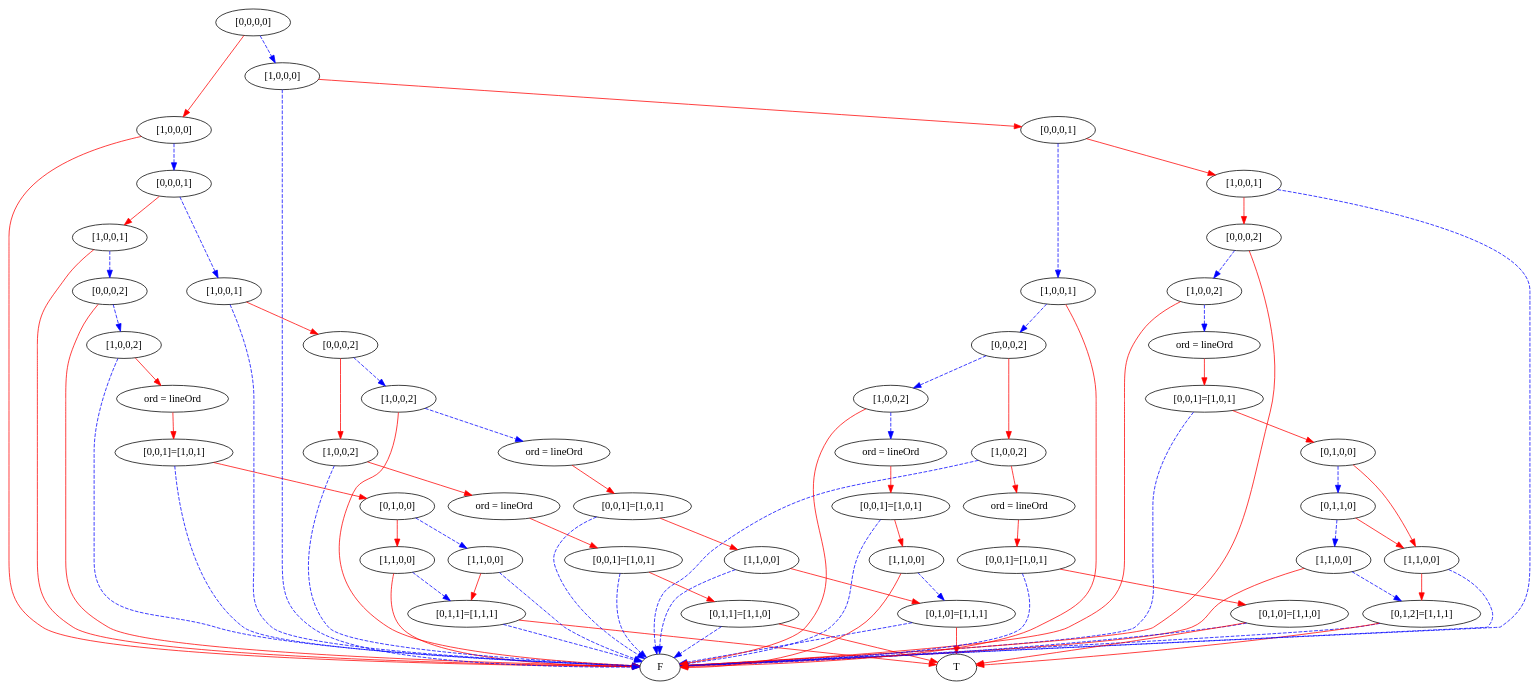
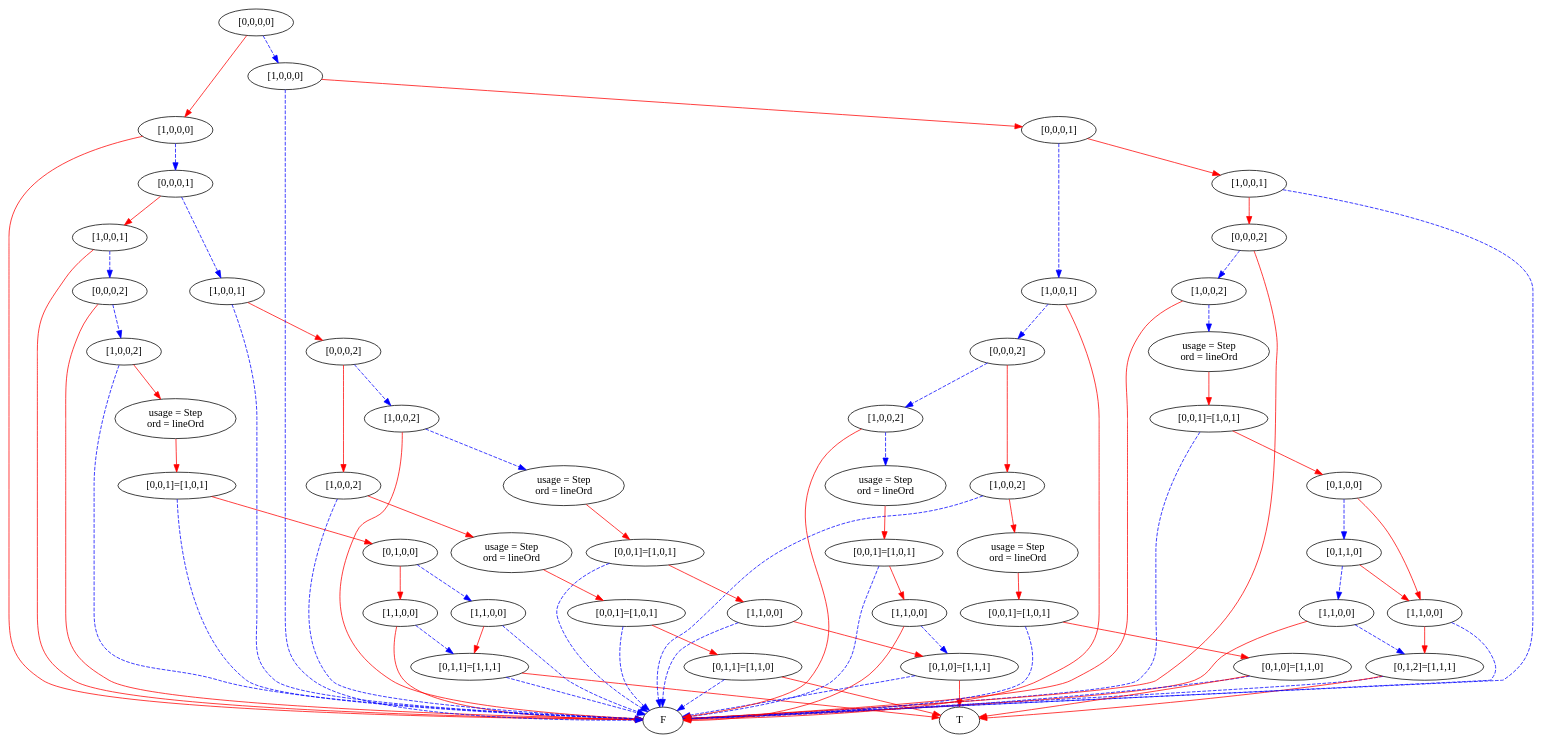
Before and after one commit to mburyakov/minxmod: the diagram in simpleProgram1.dot, drawn with Graphviz. The commit also changed 5 other files, not shown here.

Commit message:
Step with forceOrd

```diff
--- a/simpleProgram1.dot
+++ b/simpleProgram1.dot
@@ -1,172 +1,172 @@
 digraph {
     1 [label=F];
     2 [label=T];
     3 [label="[0,1,1]=[1,1,1]"];
     4 [label="[1,1,0,0]"];
     5 [label="[1,1,0,0]"];
     6 [label="[0,1,0,0]"];
     7 [label="[0,0,1]=[1,0,1]"];
-    8 [label="ord = lineOrd"];
+    8 [label="usage = Step\nord = lineOrd"];
     9 [label="[1,0,0,2]"];
     10 [label="[0,0,0,2]"];
     11 [label="[1,0,0,1]"];
     12 [label="[0,1,1]=[1,1,0]"];
     13 [label="[0,0,1]=[1,0,1]"];
-    14 [label="ord = lineOrd"];
+    14 [label="usage = Step\nord = lineOrd"];
     15 [label="[1,0,0,2]"];
     16 [label="[0,1,0]=[1,1,1]"];
     17 [label="[1,1,0,0]"];
     18 [label="[0,0,1]=[1,0,1]"];
-    19 [label="ord = lineOrd"];
+    19 [label="usage = Step\nord = lineOrd"];
     20 [label="[1,0,0,2]"];
     21 [label="[0,0,0,2]"];
     22 [label="[1,0,0,1]"];
     23 [label="[0,0,0,1]"];
     24 [label="[1,0,0,0]"];
     25 [label="[0,1,2]=[1,1,1]"];
     26 [label="[1,1,0,0]"];
     27 [label="[1,1,0,0]"];
     28 [label="[0,1,1,0]"];
     29 [label="[0,1,0,0]"];
     30 [label="[0,0,1]=[1,0,1]"];
-    31 [label="ord = lineOrd"];
+    31 [label="usage = Step\nord = lineOrd"];
     32 [label="[1,0,0,2]"];
     33 [label="[0,0,0,2]"];
     34 [label="[1,0,0,1]"];
     35 [label="[0,1,0]=[1,1,0]"];
     36 [label="[0,0,1]=[1,0,1]"];
-    37 [label="ord = lineOrd"];
+    37 [label="usage = Step\nord = lineOrd"];
     38 [label="[1,0,0,2]"];
     39 [label="[1,1,0,0]"];
     40 [label="[0,0,1]=[1,0,1]"];
-    41 [label="ord = lineOrd"];
+    41 [label="usage = Step\nord = lineOrd"];
     42 [label="[1,0,0,2]"];
     43 [label="[0,0,0,2]"];
     44 [label="[1,0,0,1]"];
     45 [label="[0,0,0,1]"];
     46 [label="[1,0,0,0]"];
     47 [label="[0,0,0,0]"];
     3 -> 1 [style=dashed
            ,color=blue];
     3 -> 2 [color=red];
     4 -> 3 [style=dashed
            ,color=blue];
     4 -> 1 [color=red];
     5 -> 3 [color=red];
     5 -> 1 [style=dashed
            ,color=blue];
     6 -> 4 [color=red];
     6 -> 5 [style=dashed
            ,color=blue];
     7 -> 6 [color=red];
     7 -> 1 [style=dashed
            ,color=blue];
     8 -> 7 [color=red];
     9 -> 8 [color=red];
     9 -> 1 [style=dashed
            ,color=blue];
     10 -> 9 [style=dashed
             ,color=blue];
     10 -> 1 [color=red];
     11 -> 10 [style=dashed
              ,color=blue];
     11 -> 1 [color=red];
     12 -> 1 [style=dashed
             ,color=blue];
     12 -> 2 [color=red];
     13 -> 12 [color=red];
     13 -> 1 [style=dashed
             ,color=blue];
     14 -> 13 [color=red];
     15 -> 14 [color=red];
     15 -> 1 [style=dashed
             ,color=blue];
     16 -> 1 [style=dashed
             ,color=blue];
     16 -> 2 [color=red];
     17 -> 16 [color=red];
     17 -> 1 [style=dashed
             ,color=blue];
     18 -> 17 [color=red];
     18 -> 1 [style=dashed
             ,color=blue];
     19 -> 18 [color=red];
     20 -> 19 [style=dashed
              ,color=blue];
     20 -> 1 [color=red];
     21 -> 15 [color=red];
     21 -> 20 [style=dashed
              ,color=blue];
     22 -> 21 [color=red];
     22 -> 1 [style=dashed
             ,color=blue];
     23 -> 11 [color=red];
     23 -> 22 [style=dashed
              ,color=blue];
     24 -> 23 [style=dashed
              ,color=blue];
     24 -> 1 [color=red];
     25 -> 1 [style=dashed
             ,color=blue];
     25 -> 2 [color=red];
     26 -> 25 [color=red];
     26 -> 1 [style=dashed
             ,color=blue];
     27 -> 25 [style=dashed
              ,color=blue];
     27 -> 1 [color=red];
     28 -> 26 [color=red];
     28 -> 27 [style=dashed
              ,color=blue];
     29 -> 26 [color=red];
     29 -> 28 [style=dashed
              ,color=blue];
     30 -> 29 [color=red];
     30 -> 1 [style=dashed
             ,color=blue];
     31 -> 30 [color=red];
     32 -> 31 [style=dashed
              ,color=blue];
     32 -> 1 [color=red];
     33 -> 32 [style=dashed
              ,color=blue];
     33 -> 1 [color=red];
     34 -> 33 [color=red];
     34 -> 1 [style=dashed
             ,color=blue];
     35 -> 1 [style=dashed
             ,color=blue];
     35 -> 2 [color=red];
     36 -> 35 [color=red];
     36 -> 1 [style=dashed
             ,color=blue];
     37 -> 36 [color=red];
     38 -> 37 [color=red];
     38 -> 1 [style=dashed
             ,color=blue];
     39 -> 16 [style=dashed
              ,color=blue];
     39 -> 1 [color=red];
     40 -> 39 [color=red];
     40 -> 1 [style=dashed
             ,color=blue];
     41 -> 40 [color=red];
     42 -> 41 [style=dashed
              ,color=blue];
     42 -> 1 [color=red];
     43 -> 38 [color=red];
     43 -> 42 [style=dashed
              ,color=blue];
     44 -> 43 [style=dashed
              ,color=blue];
     44 -> 1 [color=red];
     45 -> 34 [color=red];
     45 -> 44 [style=dashed
              ,color=blue];
     46 -> 45 [color=red];
     46 -> 1 [style=dashed
             ,color=blue];
     47 -> 24 [color=red];
     47 -> 46 [style=dashed
              ,color=blue];
 }
```
